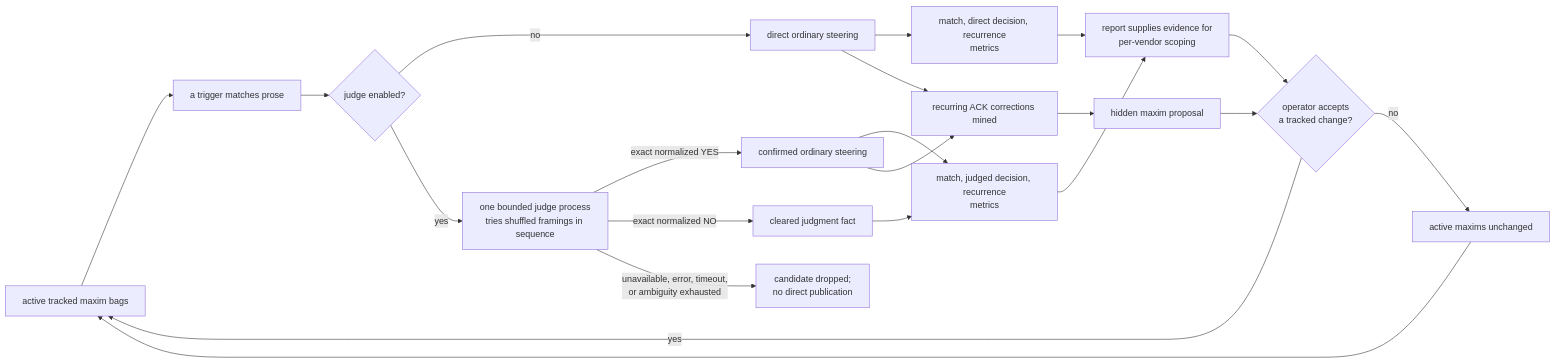
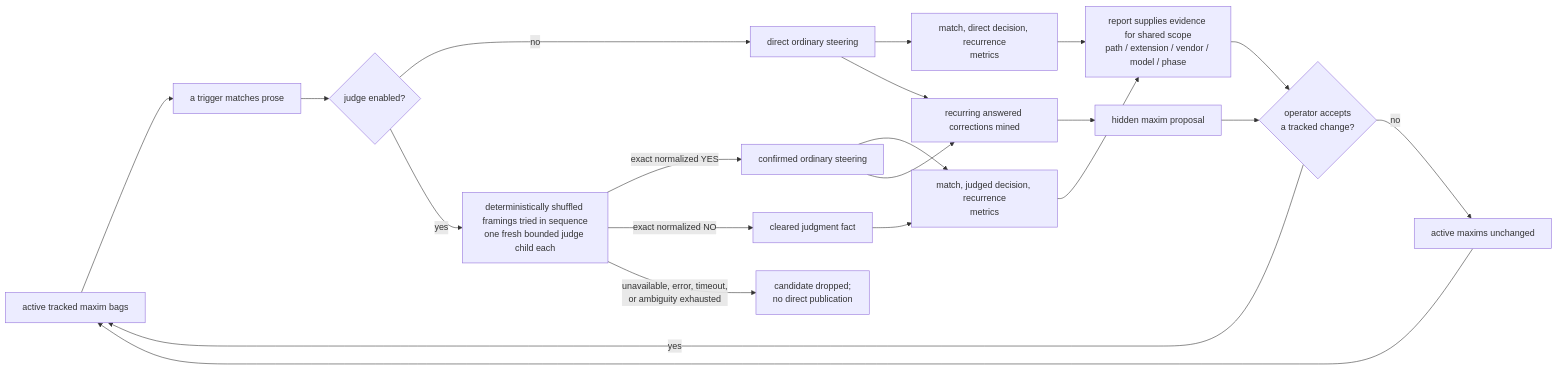
Before and after one commit to infimalabs/spice-rust: diagram 12 of 25 in docs/product/value.md, drawn with Mermaid. The commit also changed other lines of this file and 120 other files, not shown here.

````diff
--- a/docs/product/value.md
+++ b/docs/product/value.md
@@ -256,23 +265,23 @@
 ```mermaid
 flowchart LR
   M["active tracked maxim bags"] --> F["a trigger matches prose"]
   F --> E{"judge enabled?"}
   E -- no --> S["direct ordinary steering"]
-  E -- yes --> J["one bounded judge process<br/>tries shuffled framings in sequence"]
+  E -- yes --> J["deterministically shuffled framings tried in sequence<br/>one fresh bounded judge child each"]
   J -- "exact normalized YES" --> S2["confirmed ordinary steering"]
   J -- "exact normalized NO" --> C2["cleared judgment fact"]
   J -- "unavailable, error, timeout,<br/>or ambiguity exhausted" --> D["candidate dropped;<br/>no direct publication"]
   S --> T["match, direct decision, recurrence<br/>metrics"]
   S2 --> T2["match, judged decision, recurrence<br/>metrics"]
   C2 --> T2
-  T --> P["report supplies evidence for<br/>per-vendor scoping"]
+  T --> P["report supplies evidence for shared scope<br/>path / extension / vendor / model / phase"]
   T2 --> P
-  S --> C["recurring ACK corrections mined"]
+  S --> C["recurring answered corrections mined"]
   S2 --> C
   C --> H["hidden maxim proposal"]
   P --> O{"operator accepts<br/>a tracked change?"}
   H --> O
   O -- yes --> M
   O -- no --> U["active maxims unchanged"]
   U --> M
 ```
````
